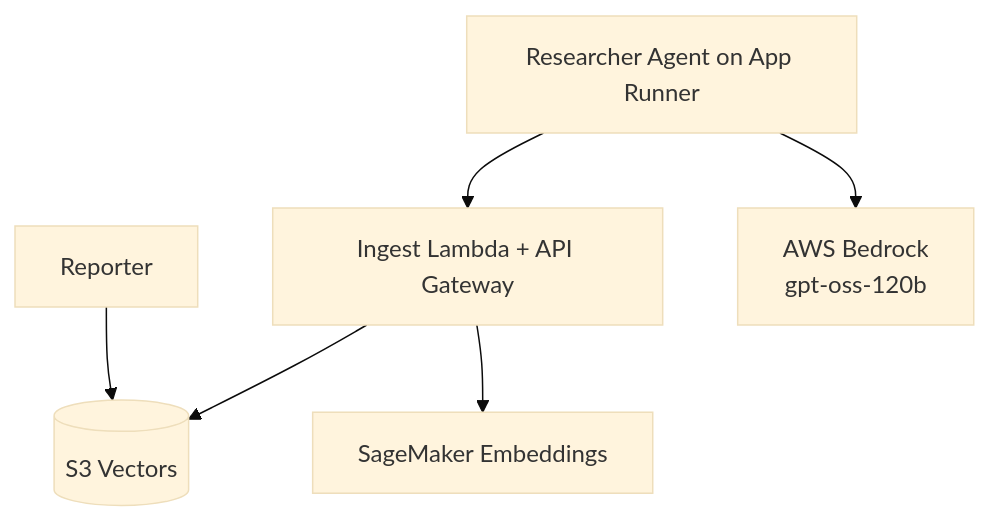
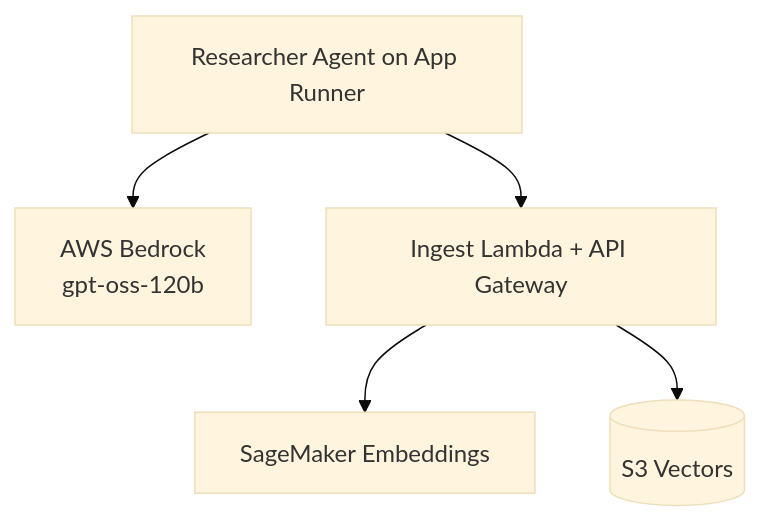
One commit to iJoshy/alex changed the diagram in README.md. Above: the diagram before and after it, drawn with Mermaid (base theme).

Commit message:
No reporter in current stage

````diff
--- a/README.md
+++ b/README.md
@@ -56,8 +56,7 @@
 ```mermaid
 graph TB
-    Reporter --> V[(S3 Vectors)]
     Researcher[Researcher Agent on App Runner] --> Bedrock[AWS Bedrock<br/>gpt-oss-120b]
     Researcher --> Ingest[Ingest Lambda + API Gateway]
     Ingest --> SageMaker[SageMaker Embeddings]
-    Ingest --> V
+    Ingest --> V[(S3 Vectors)]
 ```
````
